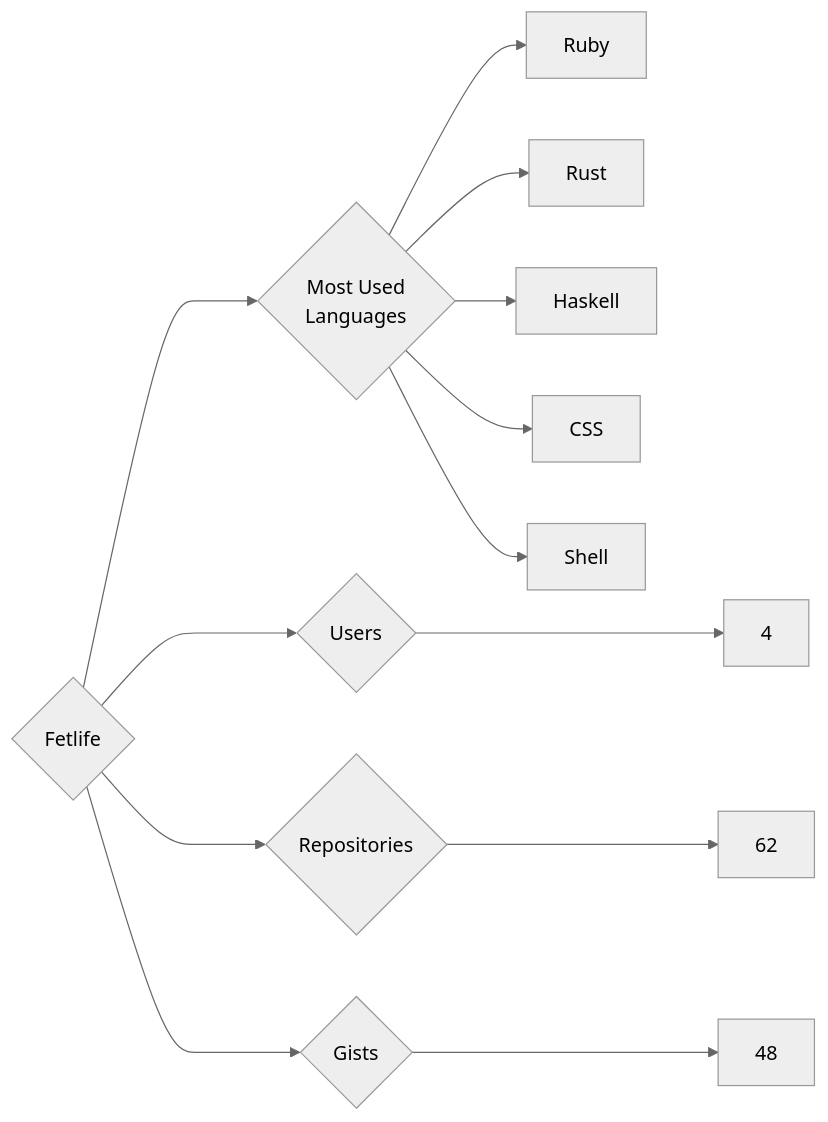
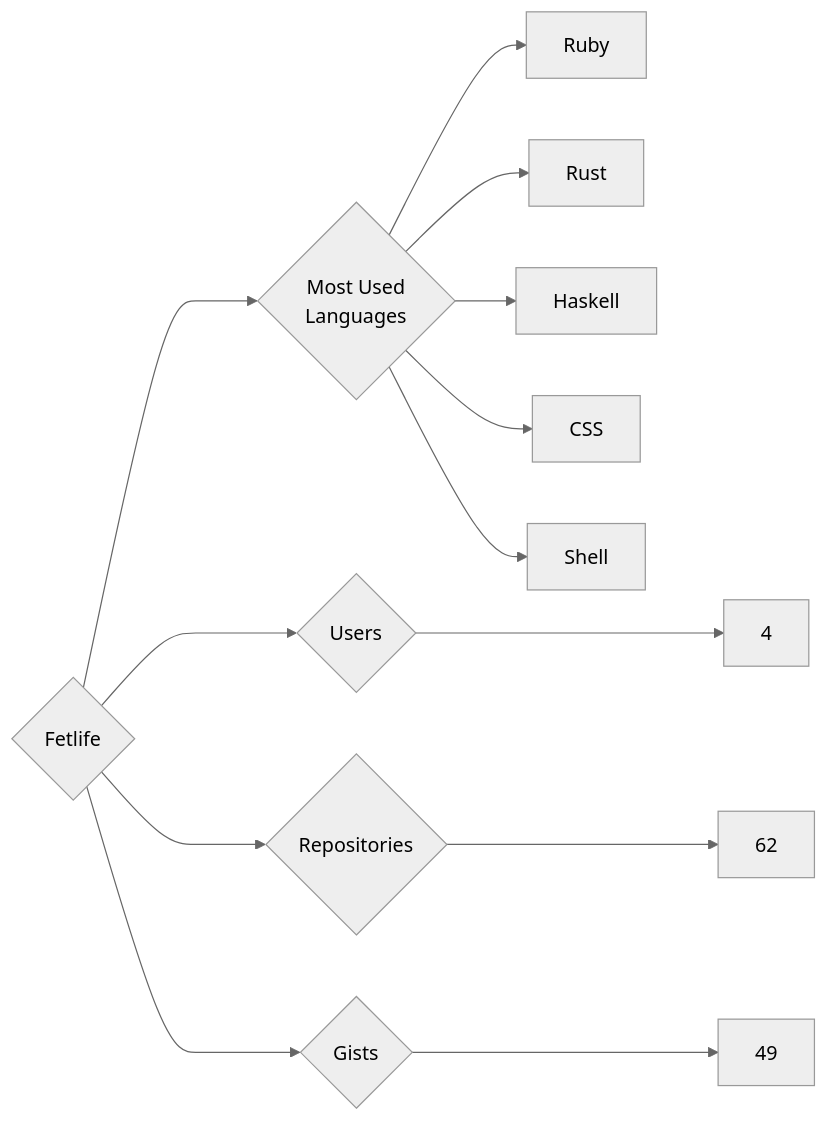
The diagram in targets/Fetlife/README.md (trickest/insiders), drawn with Mermaid (neutral theme) before and after one commit. The commit also changed 944 other files, not shown here.

````diff
--- a/targets/Fetlife/README.md
+++ b/targets/Fetlife/README.md
@@ -3,13 +3,13 @@
 ```mermaid
 graph LR
 COMPANY_NAME{Fetlife}
 COMPANY_NAME ---> U{Users} ---> UN[4]
 COMPANY_NAME ---> R{Repositories} ---> RN[62]
-COMPANY_NAME ---> G{Gists} ---> GN[48]
+COMPANY_NAME ---> G{Gists} ---> GN[49]
 COMPANY_NAME ---> ML{Most Used<br>Languages}
 ML --> Ruby[Ruby]
 ML --> Rust[Rust]
 ML --> Haskell[Haskell]
 ML --> CSS[CSS]
 ML --> Shell[Shell]
 ```
````
